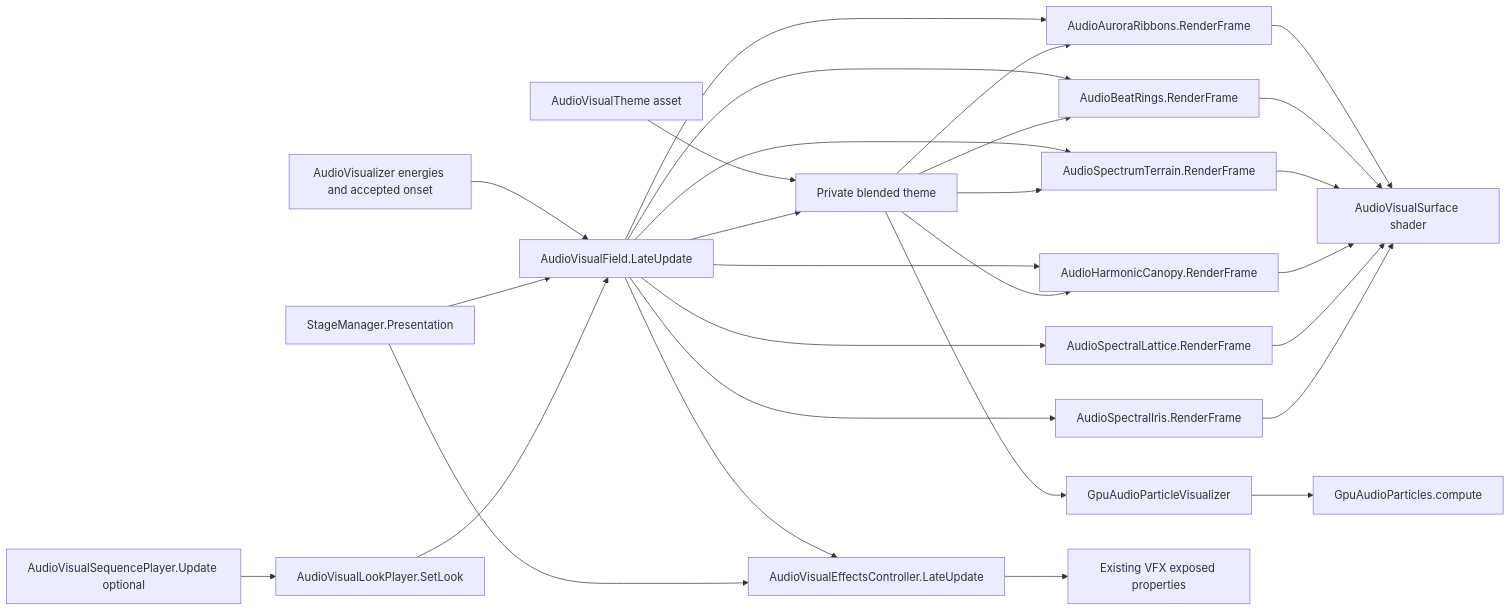
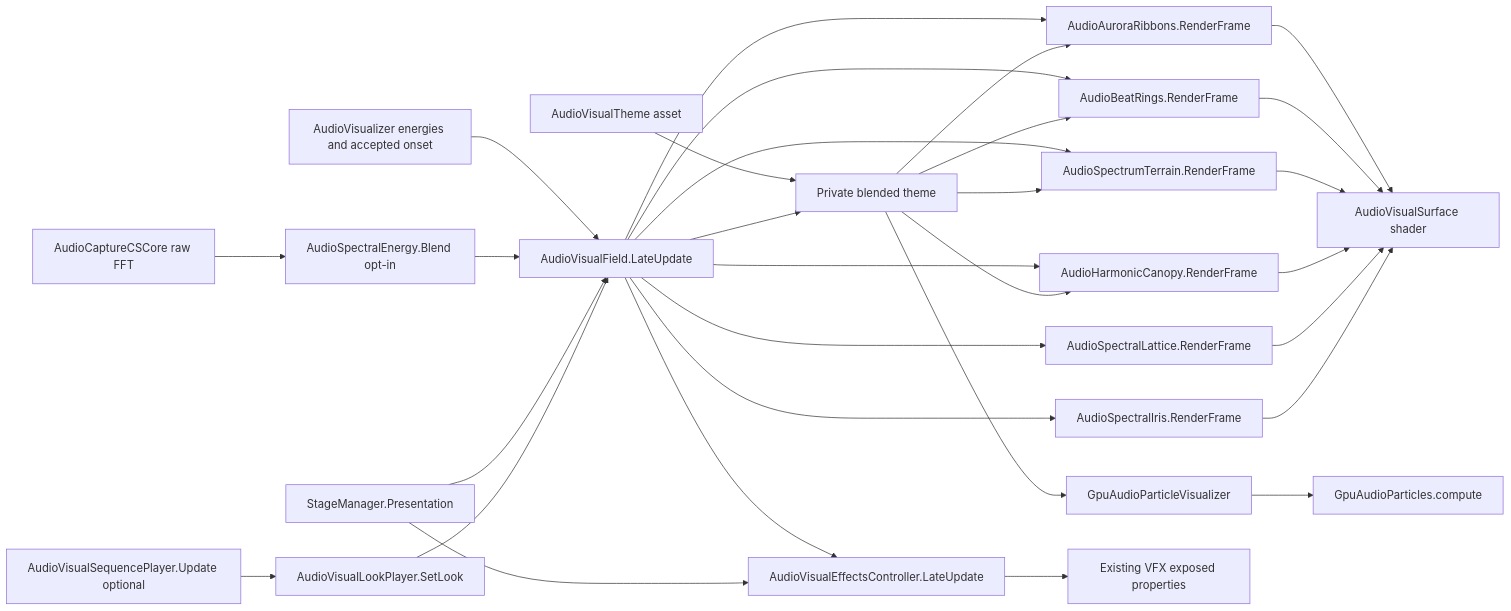
One commit to kukudia/MR-VD changed the diagram in docs/visual-research.md. Above: the diagram before and after it, drawn with Mermaid. The commit also changed other lines of this file and 6 other files, not shown here.

First line of the commit message:
feat: add opt in aggregate spectral energy response

````diff
--- a/docs/visual-research.md
+++ b/docs/visual-research.md
@@ -45,30 +45,32 @@
 ```mermaid
 flowchart LR
     A[AudioVisualizer energies and accepted onset] --> F[AudioVisualField.LateUpdate]
+    FFT[AudioCaptureCSCore raw FFT] --> E[AudioSpectralEnergy.Blend opt-in]
+    E --> F
     S[StageManager.Presentation] --> F
     T[AudioVisualTheme asset] --> B[Private blended theme]
     SQ[AudioVisualSequencePlayer.Update optional] --> LP[AudioVisualLookPlayer.SetLook]
     LP --> F
     F --> B
     F --> R[AudioAuroraRibbons.RenderFrame]
     F --> P[AudioBeatRings.RenderFrame]
     F --> H[AudioSpectrumTerrain.RenderFrame]
     F --> K[AudioHarmonicCanopy.RenderFrame]
     F --> L[AudioSpectralLattice.RenderFrame]
     F --> I[AudioSpectralIris.RenderFrame]
     B --> R
     B --> P
     B --> H
     B --> K
     B --> G[GpuAudioParticleVisualizer]
     F --> V[AudioVisualEffectsController.LateUpdate]
     S --> V
     V --> Q[Existing VFX exposed properties]
     G --> C[GpuAudioParticles.compute]
     R --> M[AudioVisualSurface shader]
     P --> M
     H --> M
     K --> M
     L --> M
     I --> M
 ```
````
